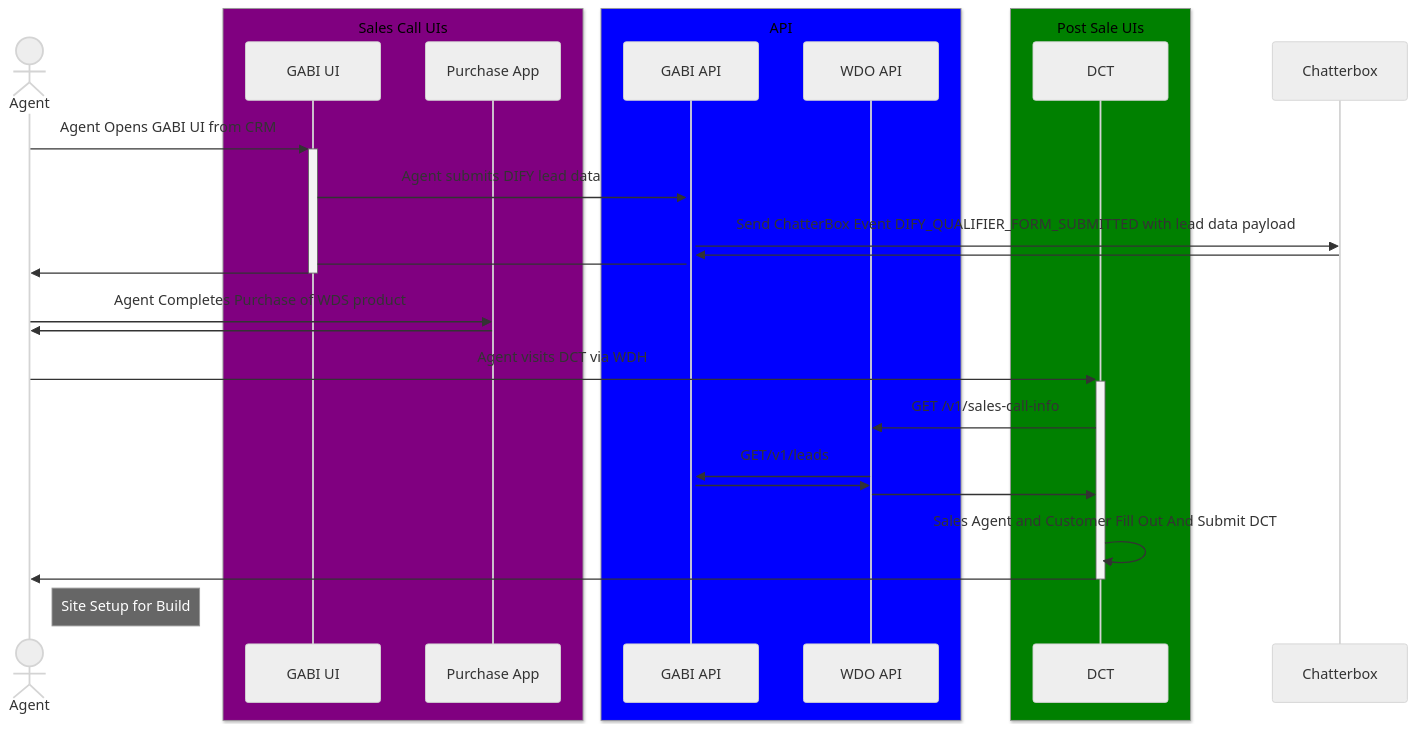
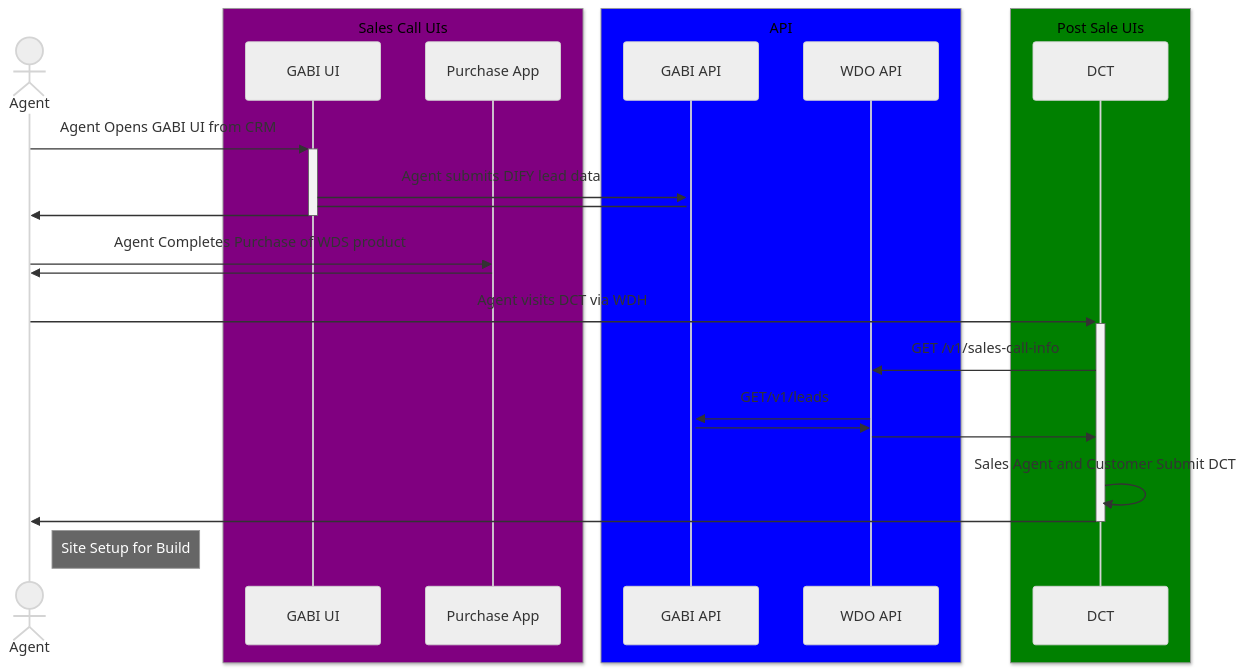
Before and after one commit to mzhan1-godaddy/diagrams: the diagram in gabi-instant-onboard-a.md, drawn with Mermaid (neutral theme).

````diff
--- a/gabi-instant-onboard-a.md
+++ b/gabi-instant-onboard-a.md
@@ -1,31 +1,29 @@
 ```mermaid
 sequenceDiagram
     actor Agent
     box Purple Sales Call UIs
         participant GABI UI
         participant Purchase App
     end
     box Blue API
         participant GABI API
         participant WDO API
     end
     box Green Post Sale UIs
         participant DCT
     end
     Agent ->>+ GABI UI: Agent Opens GABI UI from CRM
     GABI UI ->>+ GABI API: Agent submits DIFY lead data
-    GABI API ->> Chatterbox: Send ChatterBox Event DIFY_QUALIFIER_FORM_SUBMITTED with lead data payload
-    Chatterbox ->> GABI API: 
     GABI API->GABI UI:  
     GABI UI->>-Agent: 
     Agent->>Purchase App: Agent Completes Purchase of WDS product
     Purchase App->>Agent: 
     Agent->>+DCT: Agent visits DCT via WDH
     DCT->>WDO API: GET /v1/sales-call-info
     WDO API->>GABI API: GET/v1/leads
     GABI API->>WDO API: 
     WDO API->>DCT: 
-    DCT->>DCT: Sales Agent and Customer Fill Out And Submit DCT
+    DCT->>DCT: Sales Agent and Customer Submit DCT
     DCT->>-Agent: 
     note right of Agent: Site Setup for Build
 ```
````
